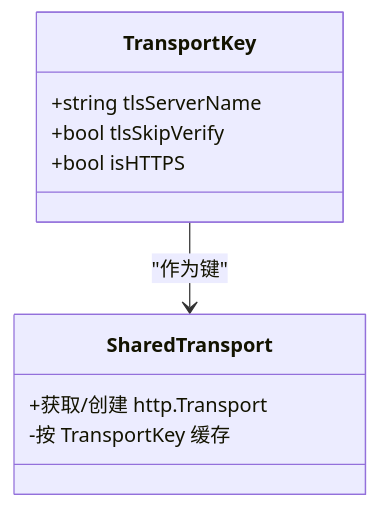
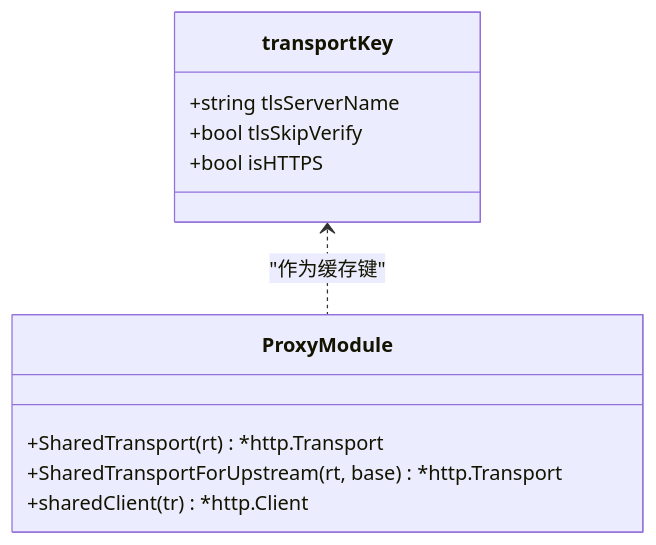
Before and after one commit to x01n/My-OpenWaf: the fifth of 8 diagrams in docs/安全机制/出站安全控制.md, drawn with Mermaid. The commit also changed other lines of this file and 199 other files, not shown here.

````diff
--- a/docs/安全机制/出站安全控制.md
+++ b/docs/安全机制/出站安全控制.md
@@ -202,13 +196,14 @@
 ```mermaid
 classDiagram
-class TransportKey {
+class transportKey {
 +string tlsServerName
 +bool tlsSkipVerify
 +bool isHTTPS
 }
-class SharedTransport {
-+获取/创建 http.Transport
--按 TransportKey 缓存
+class ProxyModule {
++SharedTransport(rt) *http.Transport
++SharedTransportForUpstream(rt, base) *http.Transport
++sharedClient(tr) *http.Client
 }
-TransportKey --> SharedTransport : "作为键"
+transportKey <.. ProxyModule : "作为缓存键"
 ```
````
